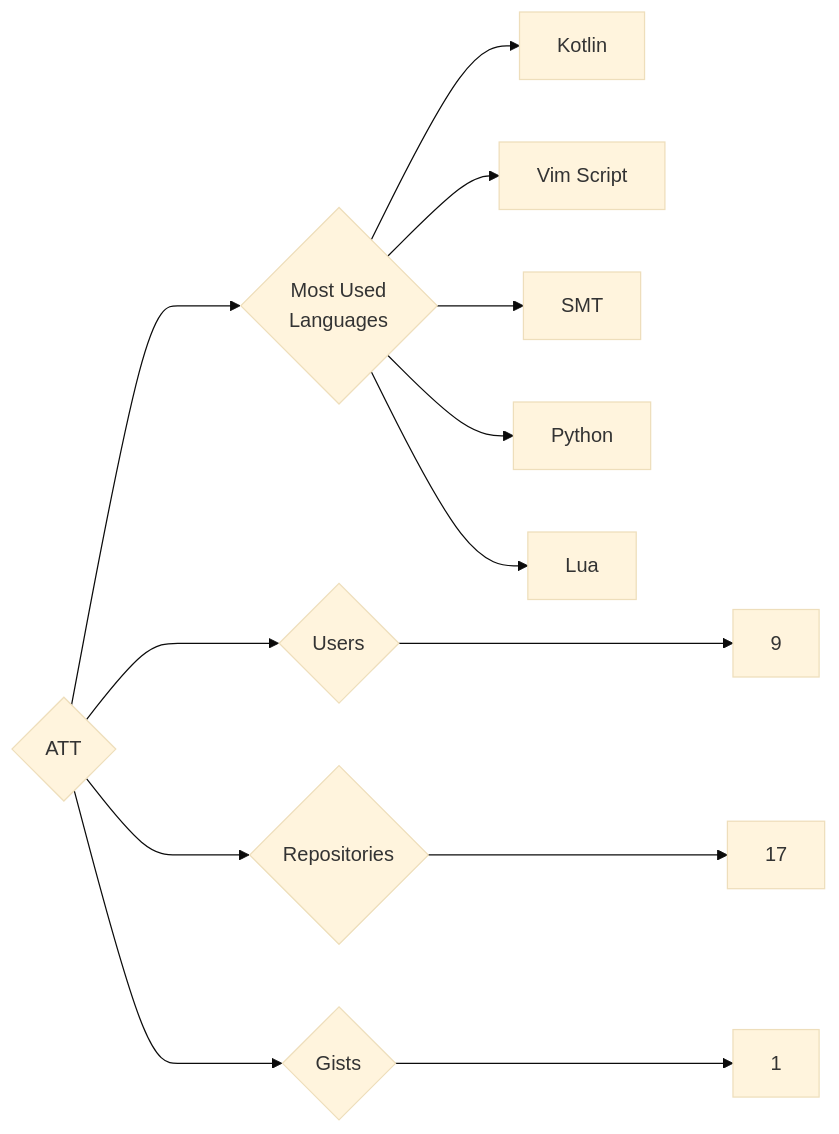
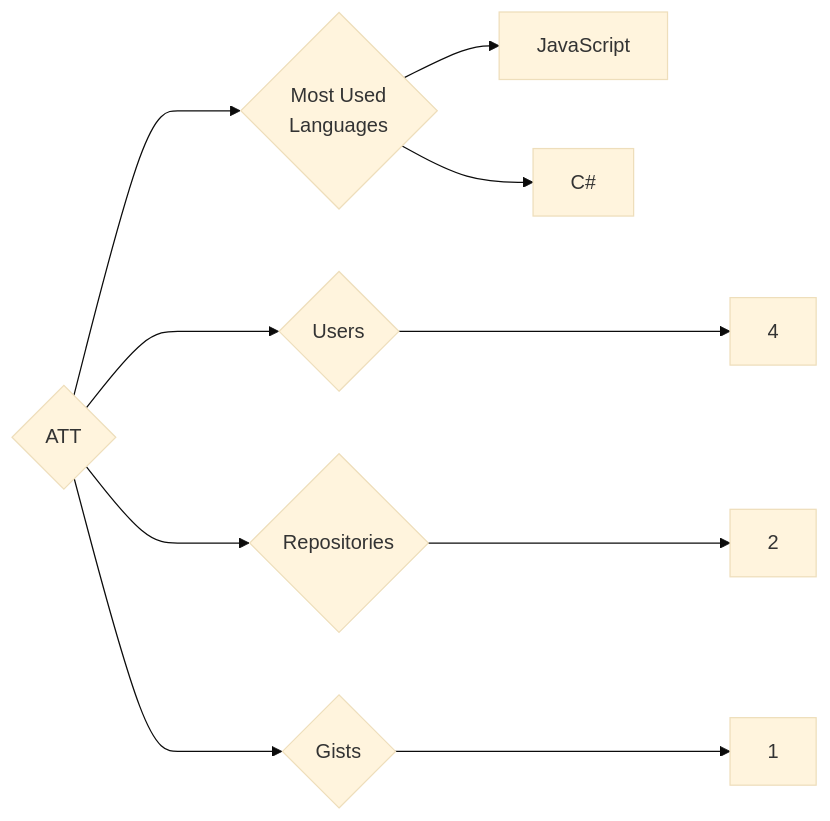
The diagram in targets/ATT/README.md (trickest/insiders), drawn with Mermaid (base theme) before and after one commit. The commit also changed 1084 other files, not shown here.

````diff
--- a/targets/ATT/README.md
+++ b/targets/ATT/README.md
@@ -3,13 +3,10 @@
 ```mermaid
 graph LR
 COMPANY_NAME{ATT}
-COMPANY_NAME ---> U{Users} ---> UN[9]
-COMPANY_NAME ---> R{Repositories} ---> RN[17]
+COMPANY_NAME ---> U{Users} ---> UN[4]
+COMPANY_NAME ---> R{Repositories} ---> RN[2]
 COMPANY_NAME ---> G{Gists} ---> GN[1]
 COMPANY_NAME ---> ML{Most Used<br>Languages}
-ML --> Kotlin[Kotlin]
-ML --> Vim_Script[Vim Script]
-ML --> SMT[SMT]
-ML --> Python[Python]
-ML --> Lua[Lua]
+ML --> JavaScript[JavaScript]
+ML --> C#[C#]
 ```
````
